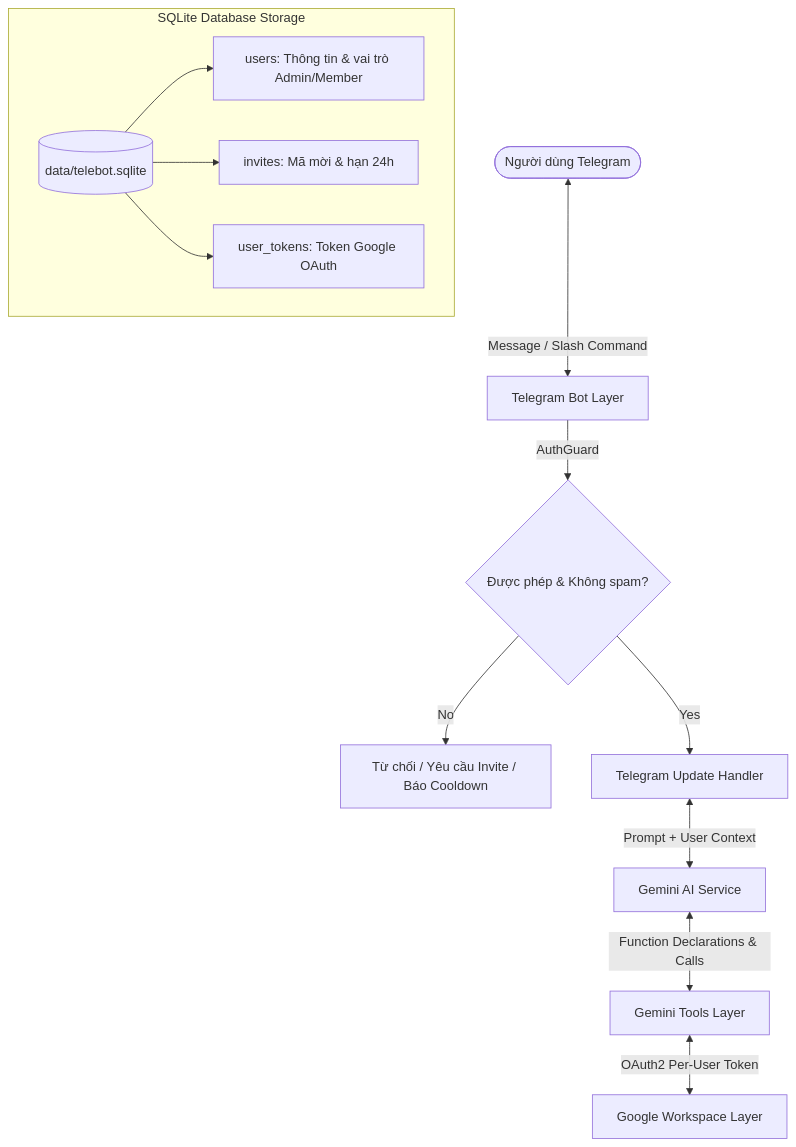
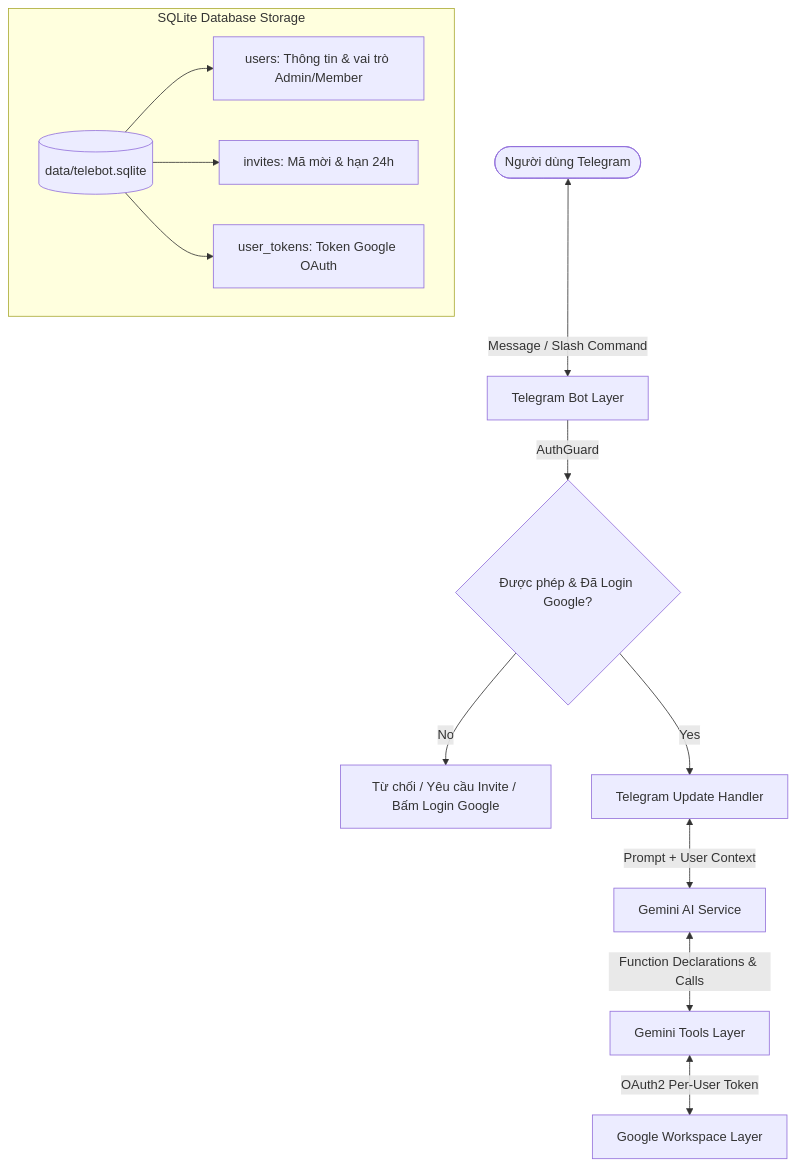
One commit to dat-dv/telebot changed the diagram in docs/architecture.md. Above: the diagram before and after it, drawn with Mermaid. The commit also changed other lines of this file, not shown here.

Commit message:
docs: update architecture documentation to reflect recent system changes

````diff
--- a/docs/architecture.md
+++ b/docs/architecture.md
@@ -16,18 +16,18 @@
 ```mermaid
 graph TD
     User([Người dùng Telegram]) <-->|Message / Slash Command| TG[Telegram Bot Layer]
-    TG -->|AuthGuard| Guard{Được phép & Không spam?}
-    Guard -- No --> Reject[Từ chối / Yêu cầu Invite / Báo Cooldown]
+    TG -->|AuthGuard| Guard{Được phép & Đã Login Google?}
+    Guard -- No --> Reject[Từ chối / Yêu cầu Invite / Bấm Login Google]
     Guard -- Yes --> Handler[Telegram Update Handler]
     
     Handler <-->|Prompt + User Context| Gemini[Gemini AI Service]
     Gemini <-->|Function Declarations & Calls| Tools[Gemini Tools Layer]
     Tools <-->|OAuth2 Per-User Token| Google[Google Workspace Layer]
     
     subgraph SQLite Database Storage
         DB[(data/telebot.sqlite)]
         DB --> UsersTable[users: Thông tin & vai trò Admin/Member]
         DB --> InvitesTable[invites: Mã mời & hạn 24h]
         DB --> TokensTable[user_tokens: Token Google OAuth]
     end
 ```
````
